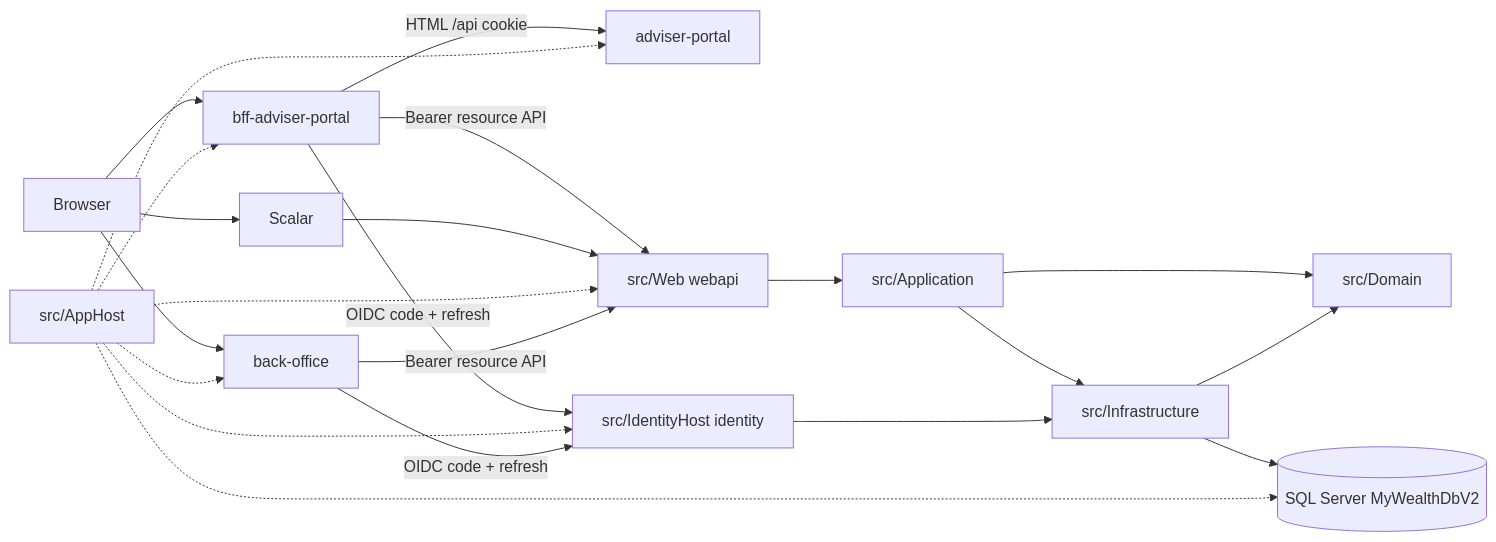
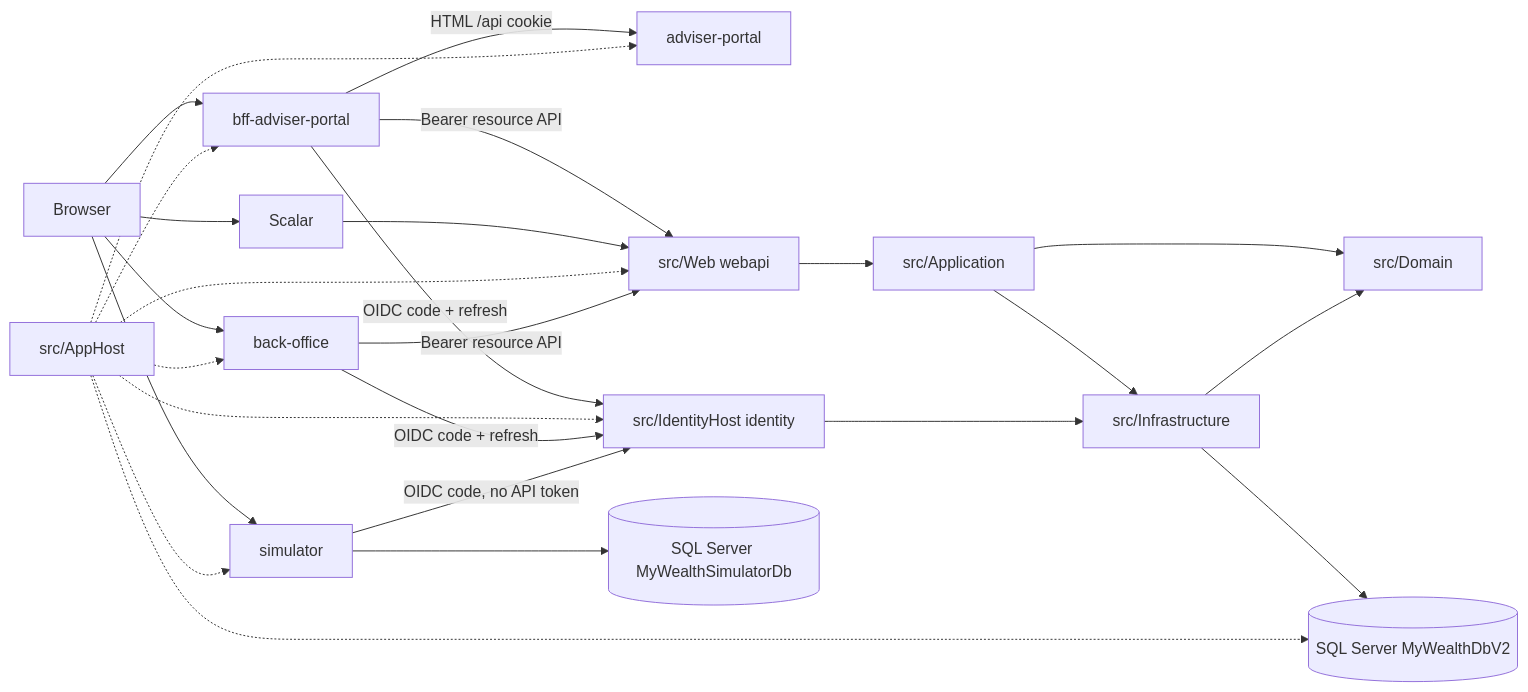
The diagram in docs/architecture.md (louis297/MyWealthV2), drawn with Mermaid before and after one commit. The commit also changed other lines of this file and 6 other files, not shown here.

````diff
--- a/docs/architecture.md
+++ b/docs/architecture.md
@@ -33,24 +33,28 @@
 ```mermaid
 flowchart LR
   Browser[Browser] --> Bff[bff-adviser-portal]
   Browser --> Scalar[Scalar]
   Bff -->|HTML /api cookie| Portal[adviser-portal]
   Bff -->|OIDC code + refresh| Id[src/IdentityHost identity]
   Bff -->|Bearer resource API| Web[src/Web webapi]
   Scalar --> Web
   Web --> App[src/Application]
   App --> Domain[src/Domain]
   App --> Infra[src/Infrastructure]
   Id --> Infra
   Infra --> Domain
   Infra --> Sql[(SQL Server MyWealthDbV2)]
   AppHost[src/AppHost] -.-> Id
   AppHost -.-> Web
   AppHost -.-> Sql
   Browser --> Bo[back-office]
   Bo -->|OIDC code + refresh| Id
   Bo -->|Bearer resource API| Web
+  Browser --> Sim[simulator]
+  Sim -->|OIDC code, no API token| Id
+  Sim --> SimSql[(SQL Server MyWealthSimulatorDb)]
   AppHost -.-> Bff
   AppHost -.-> Portal
   AppHost -.-> Bo
+  AppHost -.-> Sim
 ```
````
